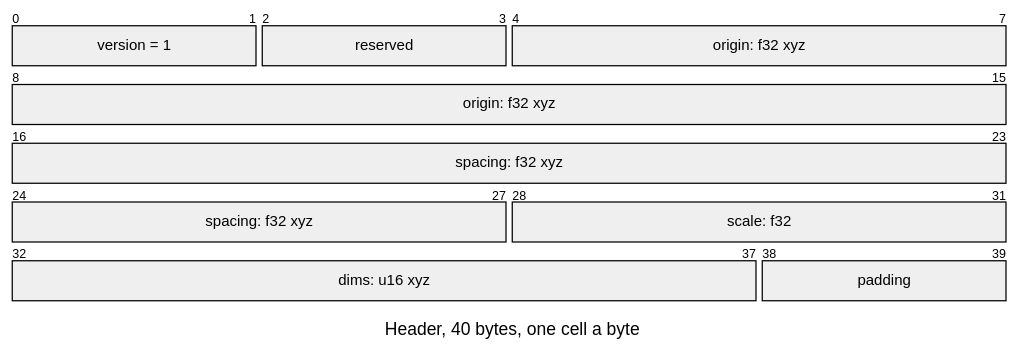
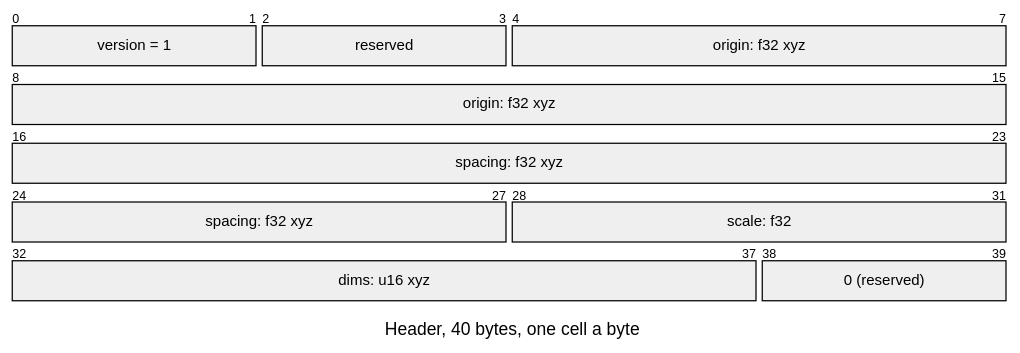
One commit to jose-villegas/autana changed the first of 2 diagrams in docs/assets/formats/SHPR.md. Above: the diagram before and after it, drawn with Mermaid. The commit also changed other lines of this file and 10 other files, not shown here.

````diff
--- a/docs/assets/formats/SHPR.md
+++ b/docs/assets/formats/SHPR.md
@@ -7,18 +7,18 @@
 ```mermaid
 ---
 config:
-  themeCSS: "g:nth-of-type(2) rect:nth-of-type(1) { fill: #8fb3ee !important; } g:nth-of-type(2) rect:nth-of-type(2) { fill: #c7aaee !important; } g:nth-of-type(2) rect:nth-of-type(3) { fill: #a8d5a2 !important; } g:nth-of-type(3) rect { fill: #a8d5a2 !important; } g:nth-of-type(4) rect { fill: #9edbd5 !important; } g:nth-of-type(5) rect:nth-of-type(1) { fill: #9edbd5 !important; } g:nth-of-type(5) rect:nth-of-type(2) { fill: #f4df8a !important; } g:nth-of-type(6) rect:nth-of-type(1) { fill: #efbb8c !important; } g:nth-of-type(6) rect:nth-of-type(2) { fill: #e3e3e3 !important; } .packetLabel { fill: #1b1b1b !important; }"
+  themeCSS: "g:nth-of-type(2) rect:nth-of-type(1) { fill: #8fb3ee !important; } g:nth-of-type(2) rect:nth-of-type(2) { fill: #ffffff !important; stroke-dasharray: 4 3 !important; } g:nth-of-type(2) rect:nth-of-type(3) { fill: #e3e3e3 !important; } g:nth-of-type(3) rect:nth-of-type(1) { fill: #e3e3e3 !important; } g:nth-of-type(4) rect:nth-of-type(1) { fill: #e3e3e3 !important; } g:nth-of-type(5) rect:nth-of-type(1) { fill: #e3e3e3 !important; } g:nth-of-type(5) rect:nth-of-type(2) { fill: #e3e3e3 !important; } g:nth-of-type(6) rect:nth-of-type(1) { fill: #e3e3e3 !important; } g:nth-of-type(6) rect:nth-of-type(2) { fill: #ffffff !important; stroke-dasharray: 4 3 !important; } .packetLabel { fill: #1b1b1b !important; }"
   packet:
     bitsPerRow: 8
     bitWidth: 100
 ---
 packet-beta
 title Header, 40 bytes, one cell a byte
 0-1: "version = 1"
 2-3: "reserved"
 4-15: "origin: f32 xyz"
 16-27: "spacing: f32 xyz"
 28-31: "scale: f32"
 32-37: "dims: u16 xyz"
-38-39: "padding"
+38-39: "0 (reserved)"
 ```
````
